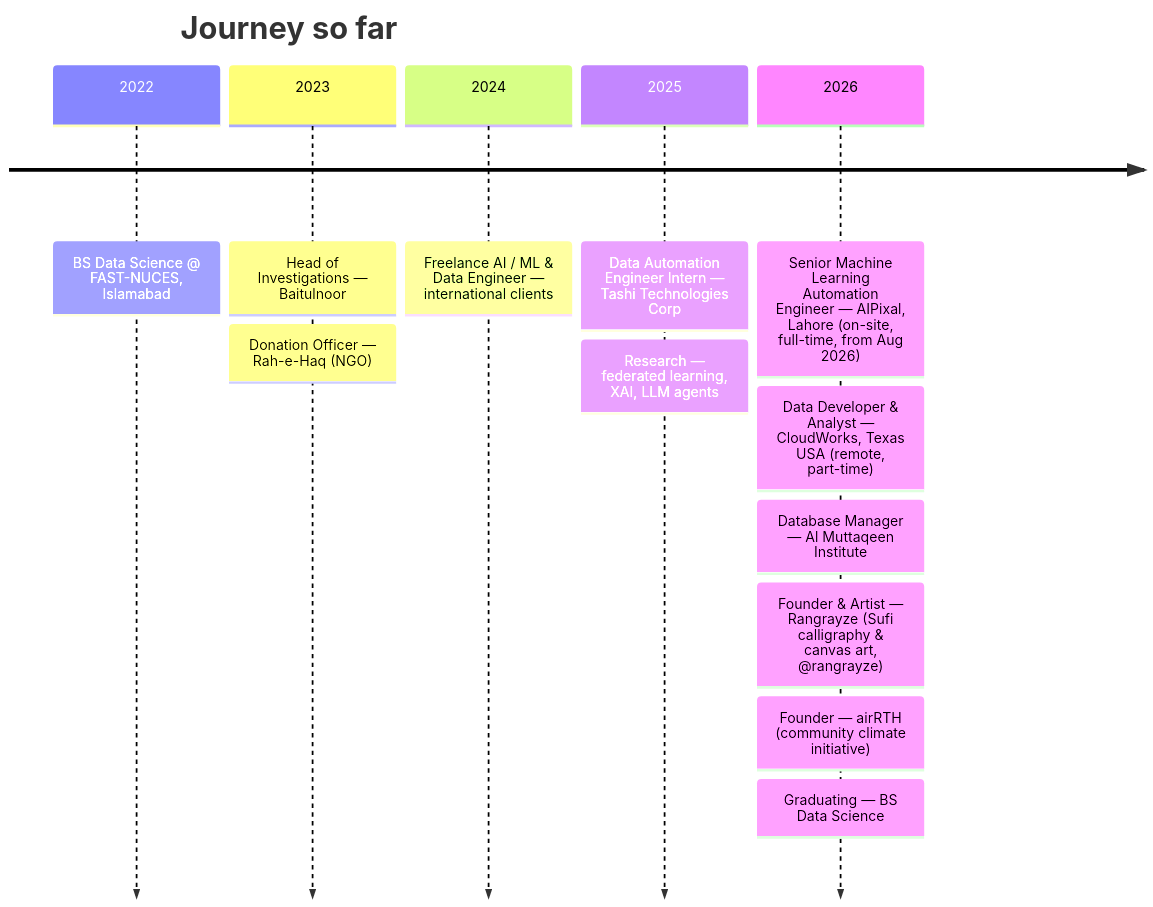
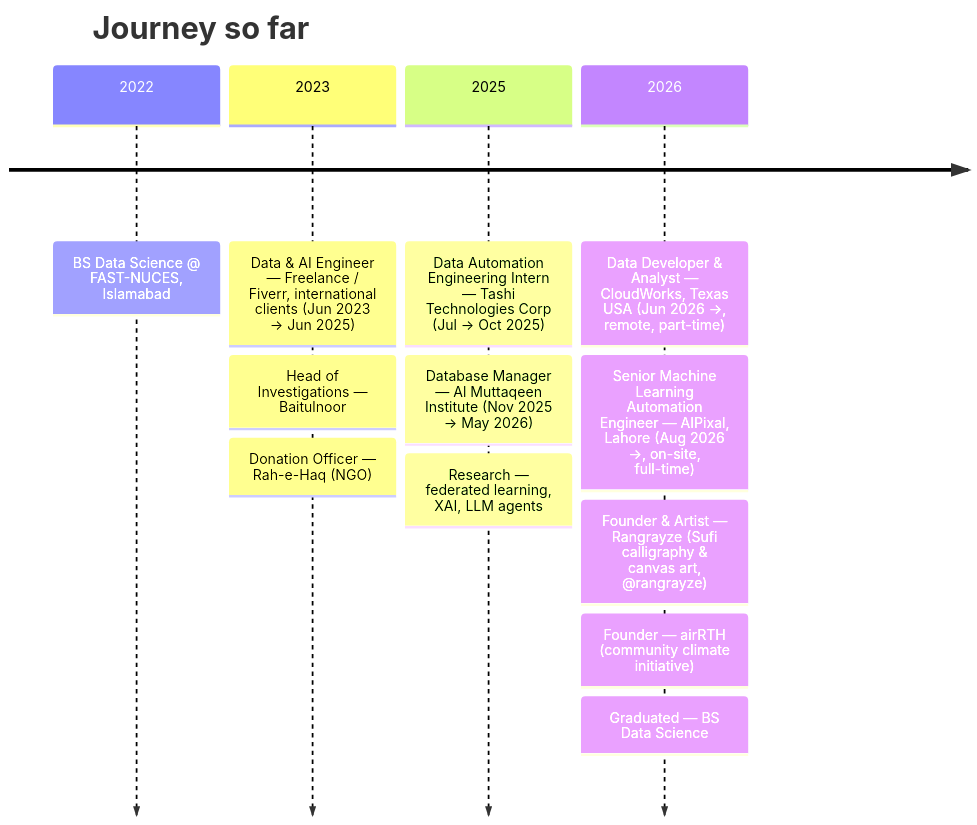
Before and after one commit to laiba-mazhar/laiba-mazhar: the diagram in README.md, drawn with Mermaid. The commit also changed other lines of this file, not shown here.

Commit message:
Correct experience dates against the portfolio, add portfolio link
The timeline disagreed with laiba-mazhar.vercel.app, which has the
authoritative dates:

* Freelance / Fiverr ran Jun 2023 to Jun 2025, not 2024. Moved to 2023 with
  the full span stated, which also removes the now-empty 2024 row.
* Al Muttaqeen ran Nov 2025 to May 2026, not 2026 alone. Moved to 2025 with
  the span.
* Tashi and CloudWorks gained explicit month ranges.
* 2026 roles are now in chronological order, CloudWorks (Jun) then AIPixal
  (Aug).
* 'Graduating' to 'Graduated'.

Also adds a Portfolio badge to the contact row and a portfolio line to the
About list.

````diff
--- a/README.md
+++ b/README.md
@@ -244,16 +246,16 @@
 ```mermaid
 timeline
     title Journey so far
     2022 : BS Data Science @ FAST-NUCES, Islamabad
-    2023 : Head of Investigations — Baitulnoor
+    2023 : Data & AI Engineer — Freelance / Fiverr, international clients (Jun 2023 → Jun 2025)
+         : Head of Investigations — Baitulnoor
          : Donation Officer — Rah-e-Haq (NGO)
-    2024 : Freelance AI / ML & Data Engineer — international clients
-    2025 : Data Automation Engineer Intern — Tashi Technologies Corp
+    2025 : Data Automation Engineering Intern — Tashi Technologies Corp (Jul → Oct 2025)
+         : Database Manager — Al Muttaqeen Institute (Nov 2025 → May 2026)
          : Research — federated learning, XAI, LLM agents
-    2026 : Senior Machine Learning Automation Engineer — AIPixal, Lahore (on-site, full-time, from Aug 2026)
-         : Data Developer & Analyst — CloudWorks, Texas USA (remote, part-time)
-         : Database Manager — Al Muttaqeen Institute
+    2026 : Data Developer & Analyst — CloudWorks, Texas USA (Jun 2026 →, remote, part-time)
+         : Senior Machine Learning Automation Engineer — AIPixal, Lahore (Aug 2026 →, on-site, full-time)
          : Founder & Artist — Rangrayze (Sufi calligraphy & canvas art, @rangrayze)
          : Founder — airRTH (community climate initiative)
-         : Graduating — BS Data Science
+         : Graduated — BS Data Science
 ```
````
